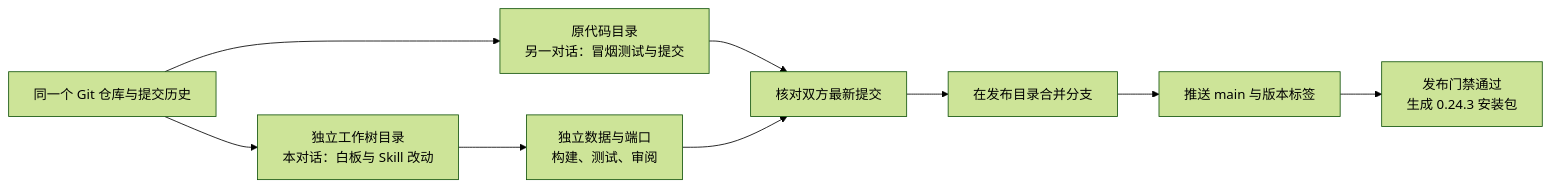
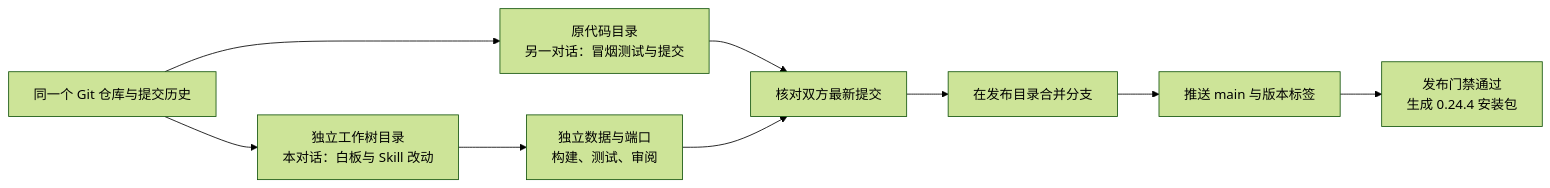
Before and after one commit to TongZi2003/Notara: the diagram in README.md, drawn with Mermaid (forest theme). The commit also changed other lines of this file and 36 other files, not shown here.

````diff
--- a/README.md
+++ b/README.md
@@ -875,11 +887,11 @@
 ```mermaid
 flowchart LR
     R["同一个 Git 仓库与提交历史"] --> A["原代码目录<br/>另一对话：冒烟测试与提交"]
     R --> B["独立工作树目录<br/>本对话：白板与 Skill 改动"]
     B --> C["独立数据与端口<br/>构建、测试、审阅"]
     A --> D["核对双方最新提交"]
     C --> D
     D --> E["在发布目录合并分支"]
     E --> F["推送 main 与版本标签"]
-    F --> G["发布门禁通过<br/>生成 0.24.3 安装包"]
+    F --> G["发布门禁通过<br/>生成 0.24.4 安装包"]
 ```
````
